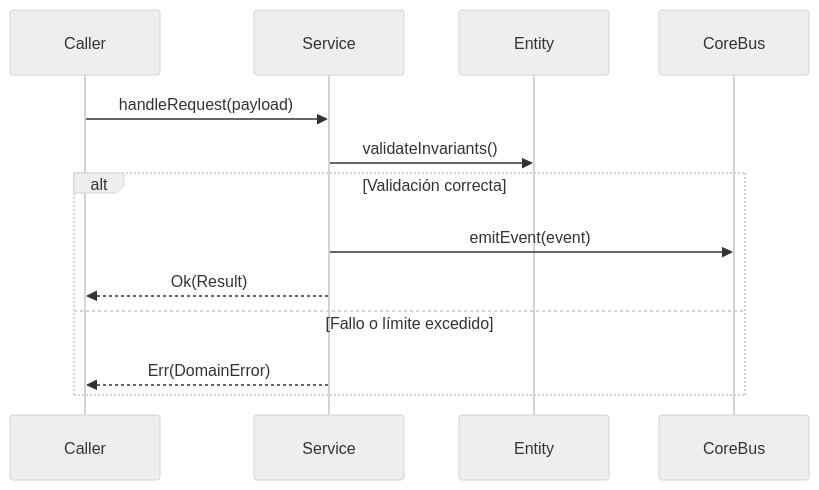
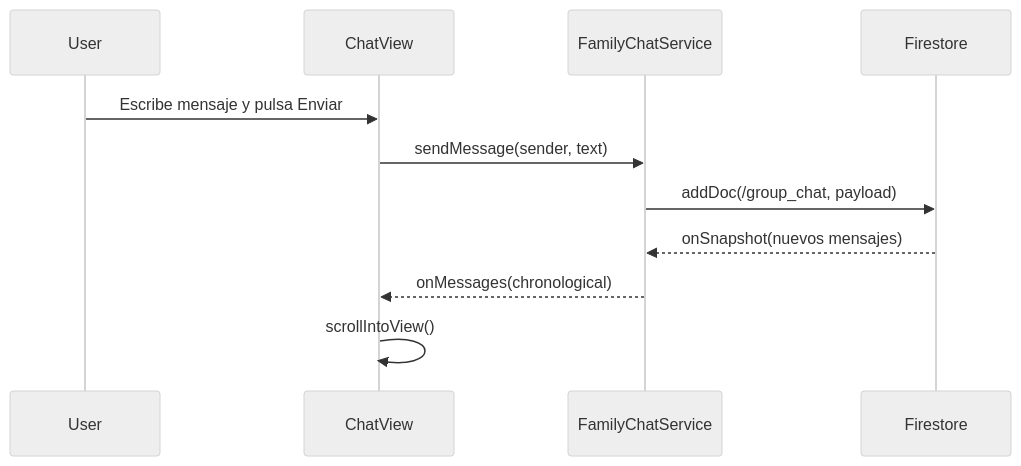
Before and after one commit to marcgime/DondeEstan: the diagram in .ai-harness/sdd/modules/chat.md, drawn with Mermaid (neutral theme). The commit also changed other lines of this file and 9 other files, not shown here.

Commit message:
feat(chat): implement Fase 3 group chat service, kinetic bloom view, and bottom nav router

````diff
--- a/.ai-harness/sdd/modules/chat.md
+++ b/.ai-harness/sdd/modules/chat.md
@@ -52,11 +58,9 @@
 ```mermaid
 sequenceDiagram
-    Caller->>Service: handleRequest(payload)
-    Service->>Entity: validateInvariants()
-    alt Validación correcta
-        Service->>CoreBus: emitEvent(event)
-        Service-->>Caller: Ok(Result)
-    else Fallo o límite excedido
-        Service-->>Caller: Err(DomainError)
-    end
+    User->>ChatView: Escribe mensaje y pulsa Enviar
+    ChatView->>FamilyChatService: sendMessage(sender, text)
+    FamilyChatService->>Firestore: addDoc(/group_chat, payload)
+    Firestore-->>FamilyChatService: onSnapshot(nuevos mensajes)
+    FamilyChatService-->>ChatView: onMessages(chronological)
+    ChatView->>ChatView: scrollIntoView()
 ```
````
